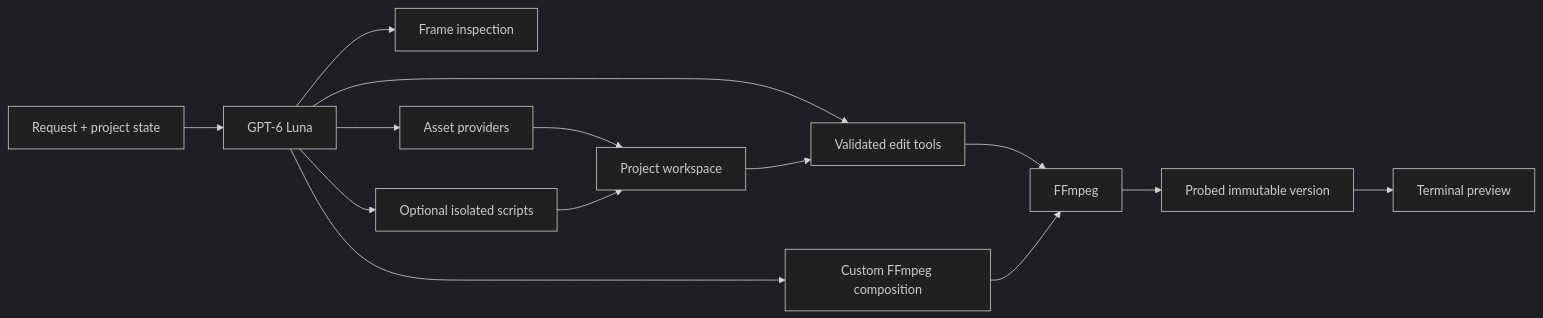
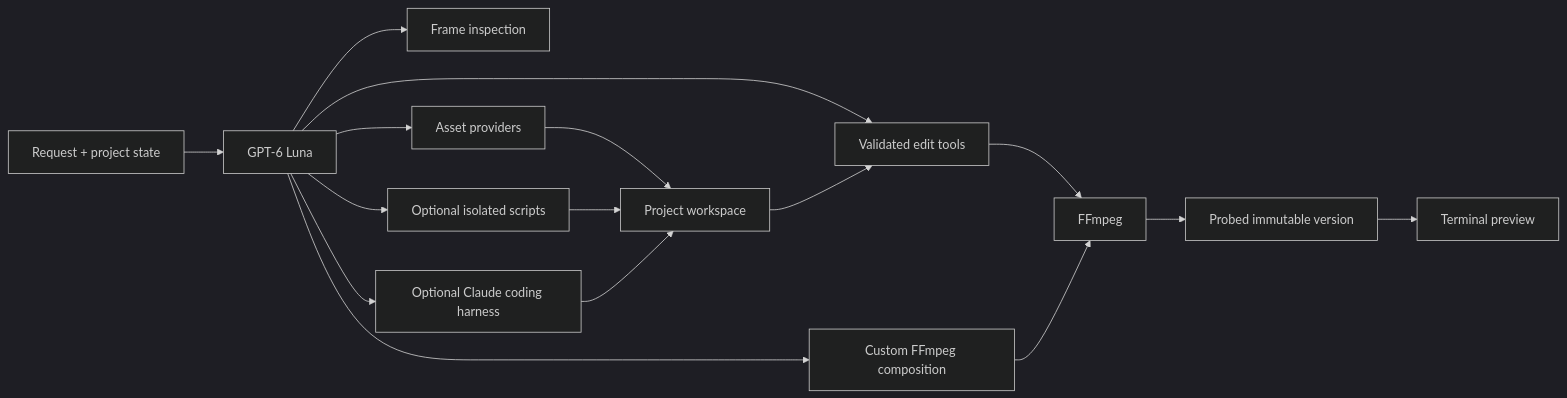
Before and after one commit to shing1Sks/DumbEditor: the diagram in README.md, drawn with Mermaid (dark theme). The commit also changed other lines of this file and 22 other files, not shown here.

Commit message:
feat: add agent approvals and Claude harness

````diff
--- a/README.md
+++ b/README.md
@@ -174,16 +190,18 @@
 ```mermaid
 flowchart LR
   Prompt[Request + project state] --> Luna[GPT-6 Luna]
   Luna --> Frames[Frame inspection]
   Luna --> Assets[Asset providers]
   Luna --> Tools[Validated edit tools]
   Luna --> Compose[Custom FFmpeg composition]
+  Luna --> Claude[Optional Claude coding harness]
   Luna --> Sandbox[Optional isolated scripts]
   Assets --> Workspace[Project workspace]
   Workspace --> Tools
   Tools --> FFmpeg
   Compose --> FFmpeg
   Sandbox --> Workspace
+  Claude --> Workspace
   FFmpeg --> Version[Probed immutable version]
   Version --> Preview[Terminal preview]
 ```
````
